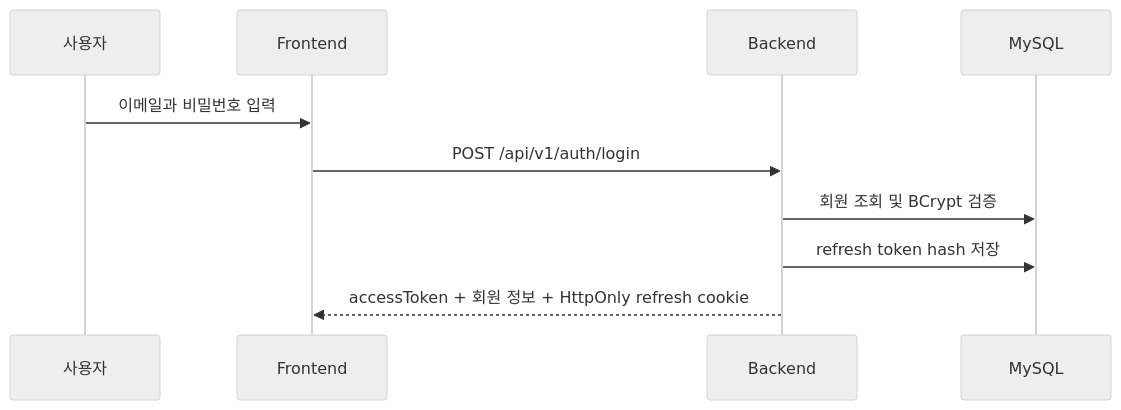
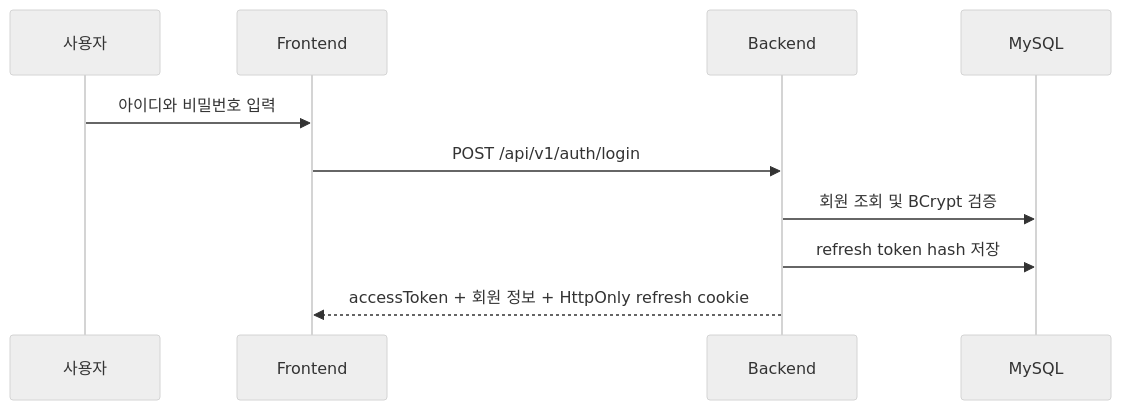
One commit to crypto-talk/cryptalk changed the diagram in docs/PROJECT_HANDOFF.md. Above: the diagram before and after it, drawn with Mermaid (neutral theme). The commit also changed other lines of this file and 10 other files, not shown here.

````diff
--- a/docs/PROJECT_HANDOFF.md
+++ b/docs/PROJECT_HANDOFF.md
@@ -192,13 +192,13 @@
 ```mermaid
 sequenceDiagram
     participant U as 사용자
     participant F as Frontend
     participant B as Backend
     participant DB as MySQL
 
-    U->>F: 이메일과 비밀번호 입력
+    U->>F: 아이디와 비밀번호 입력
     F->>B: POST /api/v1/auth/login
     B->>DB: 회원 조회 및 BCrypt 검증
     B->>DB: refresh token hash 저장
     B-->>F: accessToken + 회원 정보 + HttpOnly refresh cookie
 ```
````
